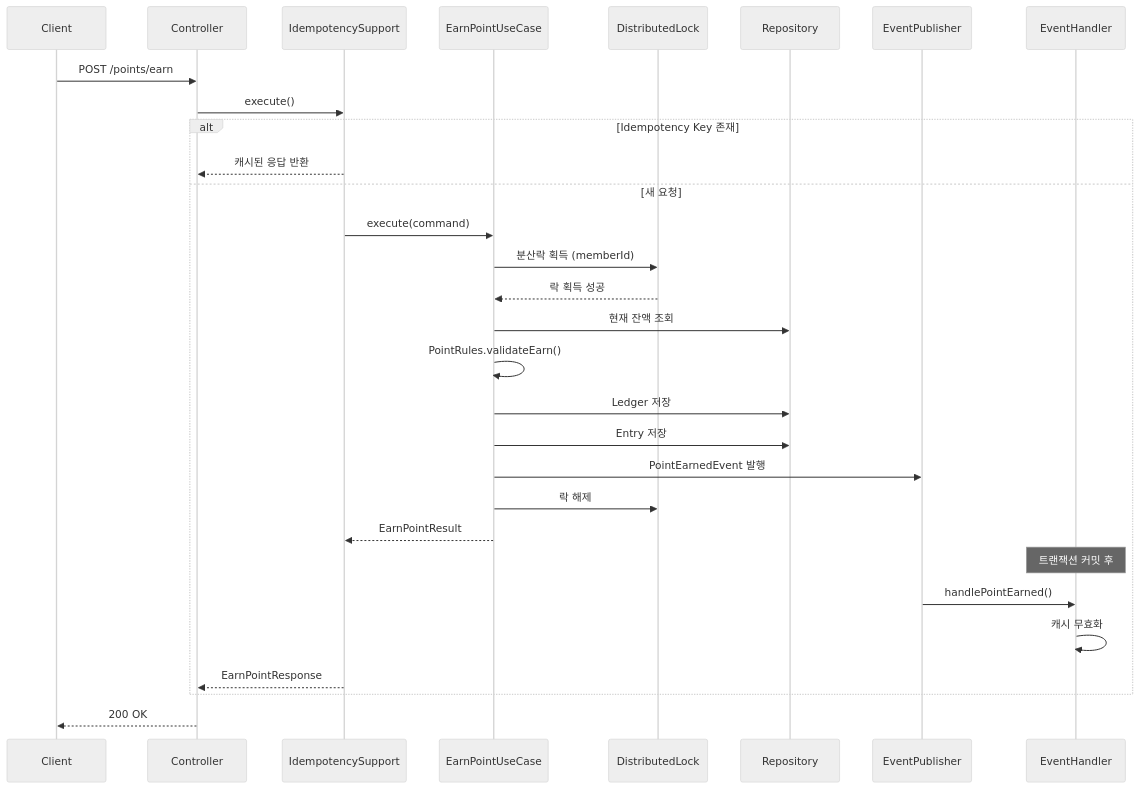
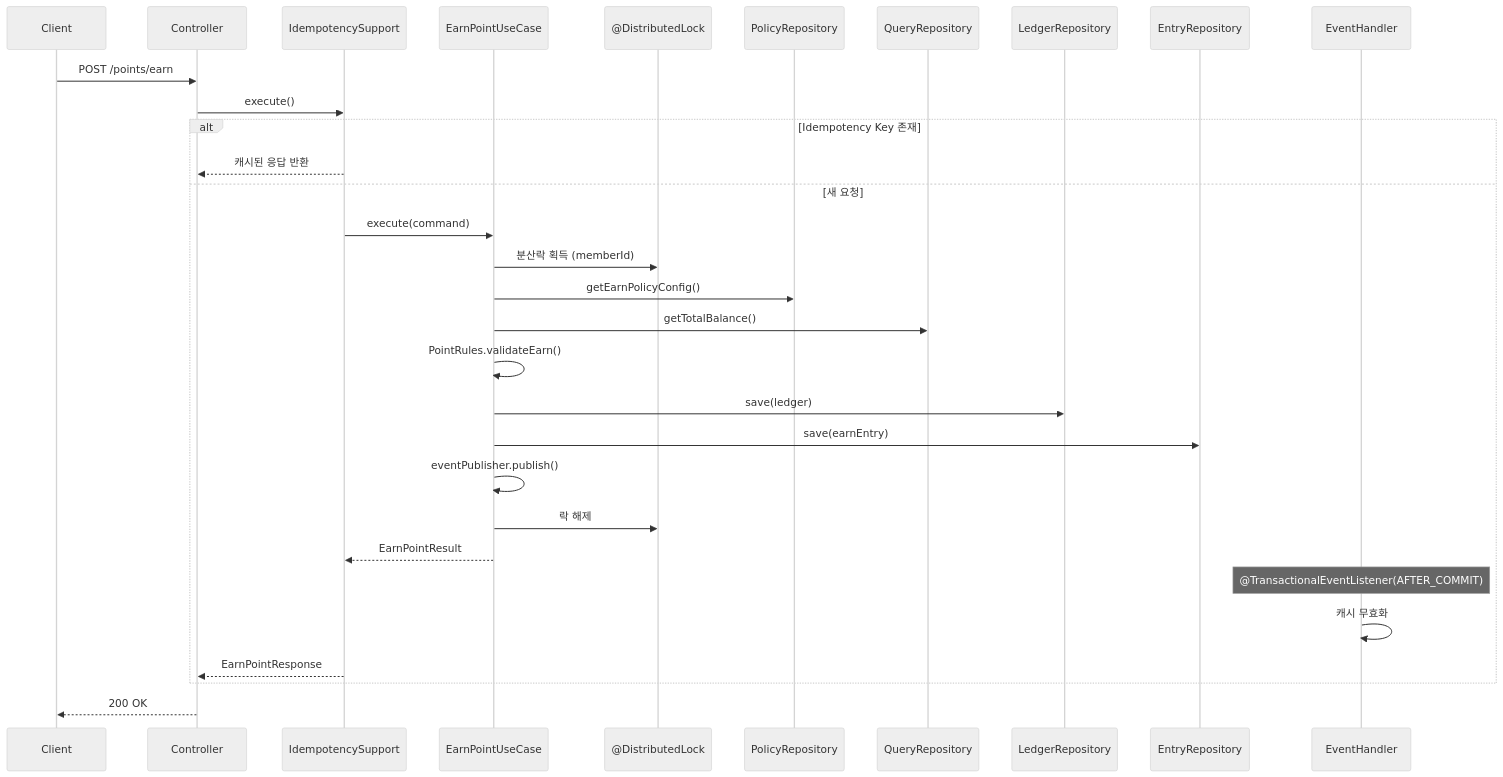
Before and after one commit to hayden-han/point-system-demo: the second of 5 diagrams in README.md, drawn with Mermaid (neutral theme). The commit also changed other lines of this file, not shown here.

First line of the commit message:
docs: 누락된 시퀀스 다이어그램 변경사항을 업데이트

````diff
--- a/README.md
+++ b/README.md
@@ -299,40 +299,40 @@
 ```mermaid
 sequenceDiagram
     participant Client
     participant Controller
     participant IdempotencySupport
     participant UseCase as EarnPointUseCase
-    participant Lock as DistributedLock
-    participant Repository
-    participant EventPublisher
+    participant Lock as @DistributedLock
+    participant PolicyRepo as PolicyRepository
+    participant QueryRepo as QueryRepository
+    participant LedgerRepo as LedgerRepository
+    participant EntryRepo as EntryRepository
     participant EventHandler
 
     Client->>Controller: POST /points/earn
     Controller->>IdempotencySupport: execute()
 
     alt Idempotency Key 존재
         IdempotencySupport-->>Controller: 캐시된 응답 반환
     else 새 요청
         IdempotencySupport->>UseCase: execute(command)
+        UseCase->>Lock: 분산락 획득 (memberId)
 
-        UseCase->>Lock: 분산락 획득 (memberId)
-        Lock-->>UseCase: 락 획득 성공
-
-        UseCase->>Repository: 현재 잔액 조회
+        UseCase->>PolicyRepo: getEarnPolicyConfig()
+        UseCase->>QueryRepo: getTotalBalance()
         UseCase->>UseCase: PointRules.validateEarn()
-        UseCase->>Repository: Ledger 저장
-        UseCase->>Repository: Entry 저장
-        UseCase->>EventPublisher: PointEarnedEvent 발행
+        UseCase->>LedgerRepo: save(ledger)
+        UseCase->>EntryRepo: save(earnEntry)
+        UseCase->>UseCase: eventPublisher.publish()
 
         UseCase->>Lock: 락 해제
         UseCase-->>IdempotencySupport: EarnPointResult
 
-        Note over EventHandler: 트랜잭션 커밋 후
-        EventPublisher->>EventHandler: handlePointEarned()
+        Note over EventHandler: @TransactionalEventListener(AFTER_COMMIT)
         EventHandler->>EventHandler: 캐시 무효화
 
         IdempotencySupport-->>Controller: EarnPointResponse
     end
 
     Controller-->>Client: 200 OK
 ```
````
